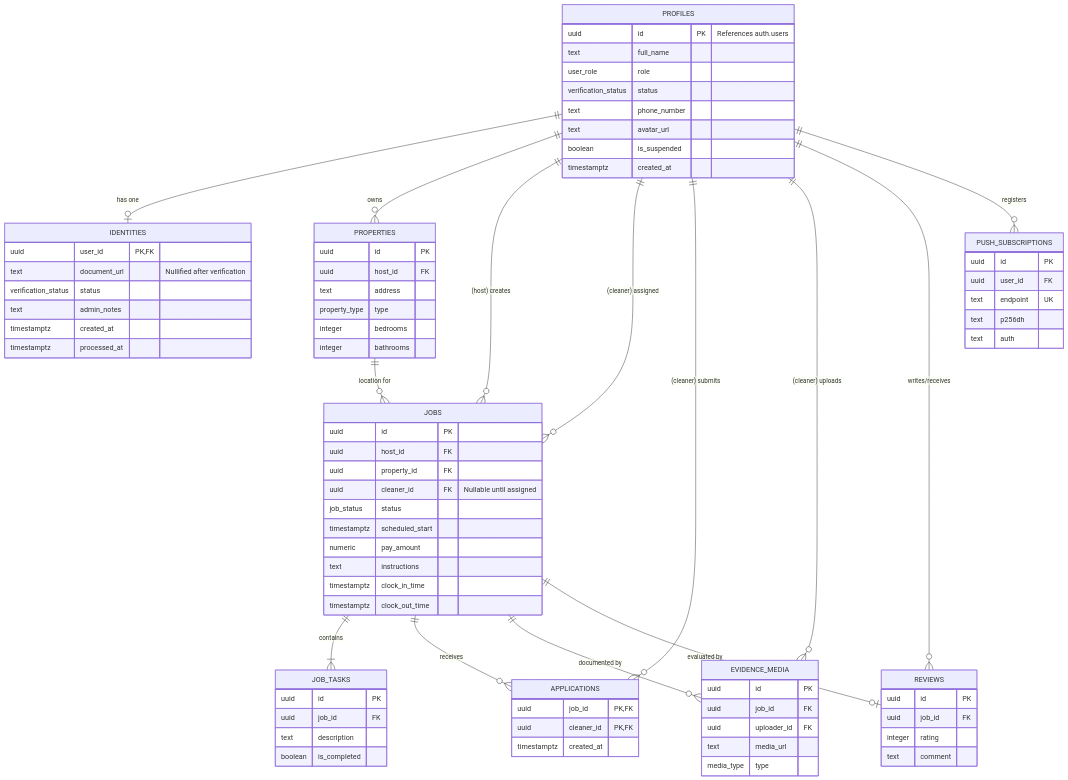
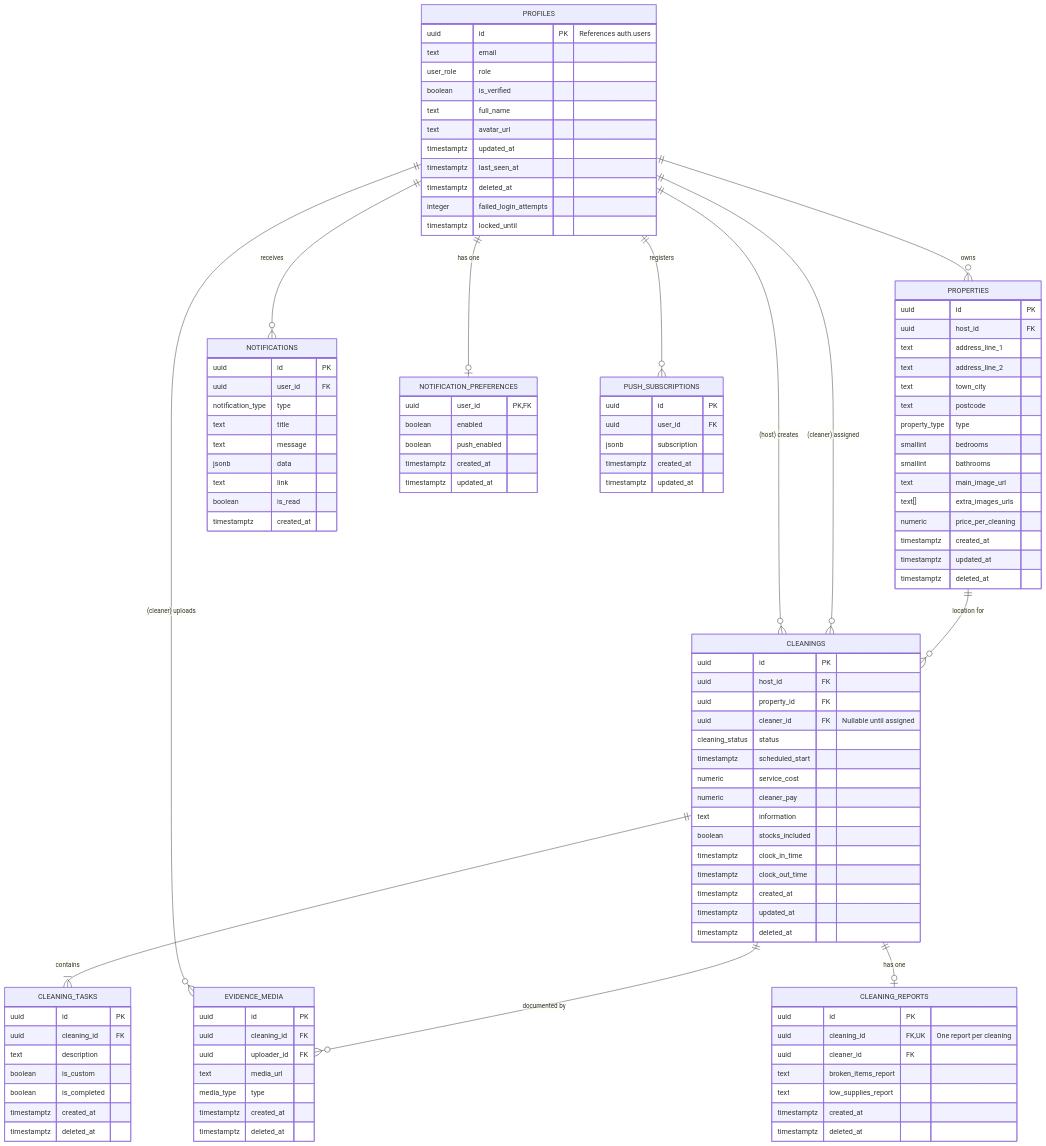
One commit to freshers-co-ltd/freshers-tech-app changed the diagram in docs/architecture/database-design.md. Above: the diagram before and after it, drawn with Mermaid. The commit also changed other lines of this file and 297 other files, not shown here.

````diff
--- a/docs/architecture/database-design.md
+++ b/docs/architecture/database-design.md
@@ -17,95 +17,123 @@
 ```mermaid
 erDiagram
-    PROFILES ||--o| IDENTITIES : "has one"
     PROFILES ||--o{ PROPERTIES : "owns"
-    PROFILES ||--o{ JOBS : "(host) creates"
-    PROFILES ||--o{ JOBS : "(cleaner) assigned"
-    PROFILES ||--o{ APPLICATIONS : "(cleaner) submits"
+    PROFILES ||--o{ CLEANINGS : "(host) creates"
+    PROFILES ||--o{ CLEANINGS : "(cleaner) assigned"
     PROFILES ||--o{ EVIDENCE_MEDIA : "(cleaner) uploads"
-    PROFILES ||--o{ REVIEWS : "writes/receives"
+    PROFILES ||--o{ NOTIFICATIONS : "receives"
+    PROFILES ||--o| NOTIFICATION_PREFERENCES : "has one"
     PROFILES ||--o{ PUSH_SUBSCRIPTIONS : "registers"
 
-    PROPERTIES ||--o{ JOBS : "location for"
-    JOBS ||--|{ JOB_TASKS : "contains"
-    JOBS ||--o{ APPLICATIONS : "receives"
-    JOBS ||--o{ EVIDENCE_MEDIA : "documented by"
-    JOBS ||--o| REVIEWS : "evaluated by"
+    PROPERTIES ||--o{ CLEANINGS : "location for"
+    CLEANINGS ||--|{ CLEANING_TASKS : "contains"
+    CLEANINGS ||--o{ EVIDENCE_MEDIA : "documented by"
+    CLEANINGS ||--o| CLEANING_REPORTS : "has one"
 
     PROFILES {
         uuid id PK "References auth.users"
+        text email
+        user_role role
+        boolean is_verified
         text full_name
-        user_role role
-        verification_status status
-        text phone_number
         text avatar_url
-        boolean is_suspended
-        timestamptz created_at
-    }
-
-    IDENTITIES {
-        uuid user_id PK, FK
-        text document_url "Nullified after verification"
-        verification_status status
-        text admin_notes
-        timestamptz created_at
-        timestamptz processed_at
+        timestamptz updated_at
+        timestamptz last_seen_at
+        timestamptz deleted_at
+        integer failed_login_attempts
+        timestamptz locked_until
     }
 
     PROPERTIES {
         uuid id PK
         uuid host_id FK
-        text address
+        text address_line_1
+        text address_line_2
+        text town_city
+        text postcode
         property_type type
-        integer bedrooms
-        integer bathrooms
+        smallint bedrooms
+        smallint bathrooms
+        text main_image_url
+        text[] extra_images_urls
+        numeric price_per_cleaning
+        timestamptz created_at
+        timestamptz updated_at
+        timestamptz deleted_at
     }
 
-    JOBS {
+    CLEANINGS {
         uuid id PK
         uuid host_id FK
         uuid property_id FK
         uuid cleaner_id FK "Nullable until assigned"
-        job_status status
+        cleaning_status status
         timestamptz scheduled_start
-        numeric pay_amount
-        text instructions
+        numeric service_cost
+        numeric cleaner_pay
+        text information
+        boolean stocks_included
         timestamptz clock_in_time
         timestamptz clock_out_time
+        timestamptz created_at
+        timestamptz updated_at
+        timestamptz deleted_at
     }
 
-    JOB_TASKS {
+    CLEANING_TASKS {
         uuid id PK
-        uuid job_id FK
+        uuid cleaning_id FK
         text description
+        boolean is_custom
         boolean is_completed
-    }
-
-    APPLICATIONS {
-        uuid job_id PK, FK
-        uuid cleaner_id PK, FK
         timestamptz created_at
+        timestamptz deleted_at
     }
 
     EVIDENCE_MEDIA {
         uuid id PK
-        uuid job_id FK
+        uuid cleaning_id FK
         uuid uploader_id FK
         text media_url
         media_type type
+        timestamptz created_at
+        timestamptz deleted_at
     }
 
-    REVIEWS {
+    CLEANING_REPORTS {
         uuid id PK
-        uuid job_id FK
-        integer rating
-        text comment
+        uuid cleaning_id FK, UK "One report per cleaning"
+        uuid cleaner_id FK
+        text broken_items_report
+        text low_supplies_report
+        timestamptz created_at
+        timestamptz deleted_at
+    }
+
+    NOTIFICATIONS {
+        uuid id PK
+        uuid user_id FK
+        notification_type type
+        text title
+        text message
+        jsonb data
+        text link
+        boolean is_read
+        timestamptz created_at
+    }
+
+    NOTIFICATION_PREFERENCES {
+        uuid user_id PK, FK
+        boolean enabled
+        boolean push_enabled
+        timestamptz created_at
+        timestamptz updated_at
     }
 
     PUSH_SUBSCRIPTIONS {
         uuid id PK
         uuid user_id FK
-        text endpoint UK
-        text p256dh
-        text auth
+        jsonb subscription
+        timestamptz created_at
+        timestamptz updated_at
     }
 ```
````
